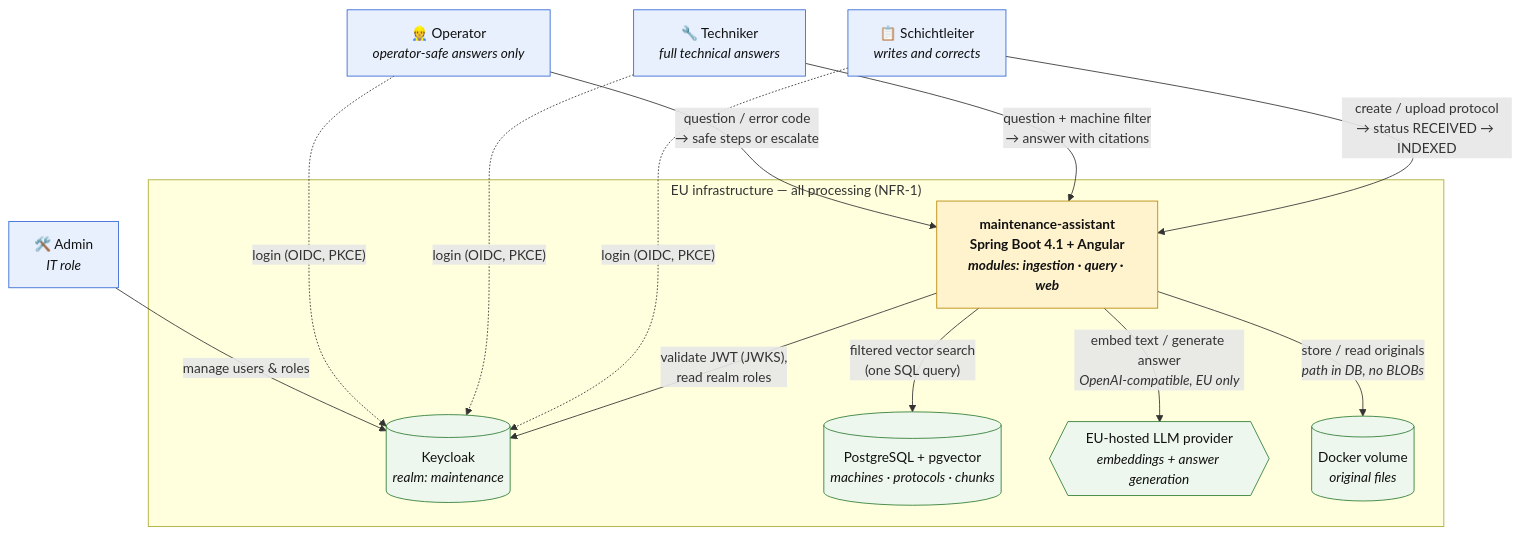
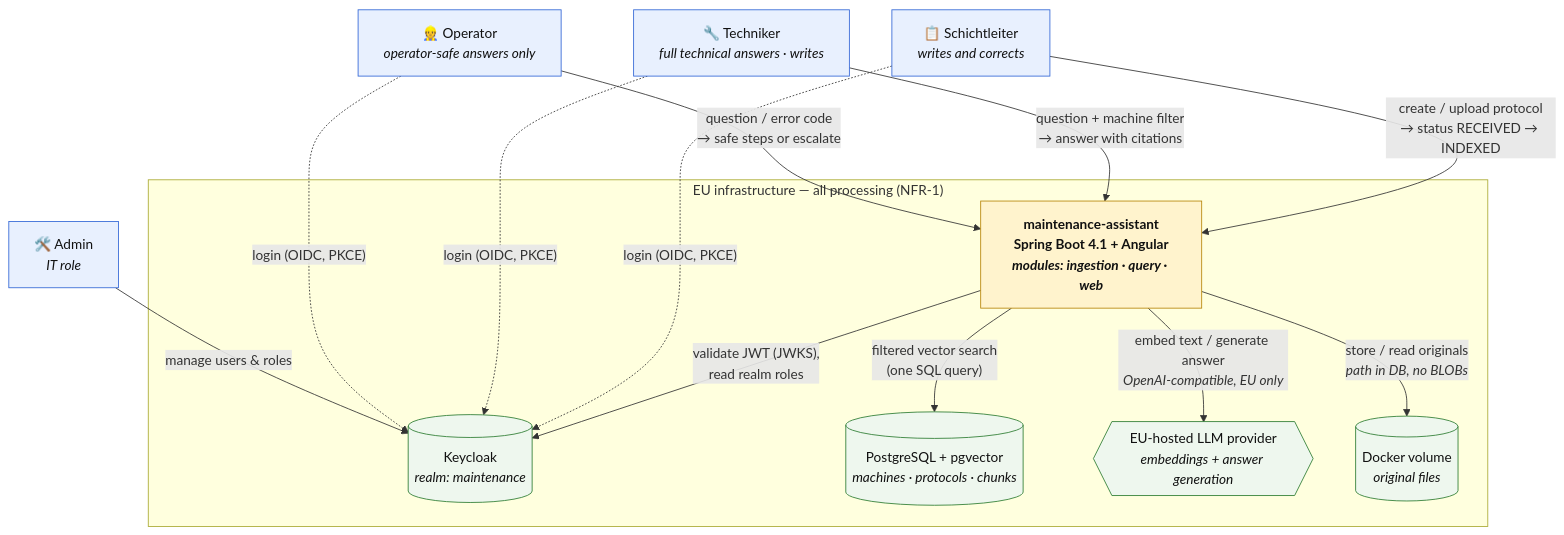
Before and after one commit to Keglev/maintenance-assistant: the diagram in docs/arc42/diagrams/context.mmd, drawn with Mermaid. The commit also changed 23 other files, not shown here.

```diff
--- a/docs/arc42/diagrams/context.mmd
+++ b/docs/arc42/diagrams/context.mmd
@@ -1,43 +1,43 @@
 %% System context — maintenance-assistant (arc42 section 3.1)
 %% Render: node docs/scripts/generate-diagrams.mjs
 flowchart TB
     operator["👷 Operator<br/><i>operator-safe answers only</i>"]
-    techniker["🔧 Techniker<br/><i>full technical answers</i>"]
+    techniker["🔧 Techniker<br/><i>full technical answers · writes</i>"]
     schichtleiter["📋 Schichtleiter<br/><i>writes and corrects</i>"]
     admin["🛠️ Admin<br/><i>IT role</i>"]
 
     app["<b>maintenance-assistant</b><br/>Spring Boot 4.1 + Angular<br/><i>modules: ingestion · query · web</i>"]
 
     keycloak[("Keycloak<br/><i>realm: maintenance</i>")]
     postgres[("PostgreSQL + pgvector<br/><i>machines · protocols · chunks</i>")]
     llm{{"EU-hosted LLM provider<br/><i>embeddings + answer generation</i>"}}
     files[("Docker volume<br/><i>original files</i>")]
 
     operator -- "question / error code<br/>→ safe steps or escalate" --> app
     techniker -- "question + machine filter<br/>→ answer with citations" --> app
     schichtleiter -- "create / upload protocol<br/>→ status RECEIVED → INDEXED" --> app
     admin -- "manage users & roles" --> keycloak
 
     operator -. "login (OIDC, PKCE)" .-> keycloak
     techniker -. "login (OIDC, PKCE)" .-> keycloak
     schichtleiter -. "login (OIDC, PKCE)" .-> keycloak
 
     app -- "validate JWT (JWKS),<br/>read realm roles" --> keycloak
     app -- "filtered vector search<br/>(one SQL query)" --> postgres
     app -- "embed text / generate answer<br/><i>OpenAI-compatible, EU only</i>" --> llm
     app -- "store / read originals<br/><i>path in DB, no BLOBs</i>" --> files
 
     subgraph eu["EU infrastructure — all processing (NFR-1)"]
         app
         keycloak
         postgres
         files
         llm
     end
 
     classDef user fill:#e8f0fe,stroke:#3367d6,color:#111
     classDef system fill:#fff3cd,stroke:#b8860b,color:#111,font-weight:bold
     classDef ext fill:#eef7ee,stroke:#2e7d32,color:#111
     class operator,techniker,schichtleiter,admin user
     class app system
     class keycloak,postgres,llm,files ext
```
